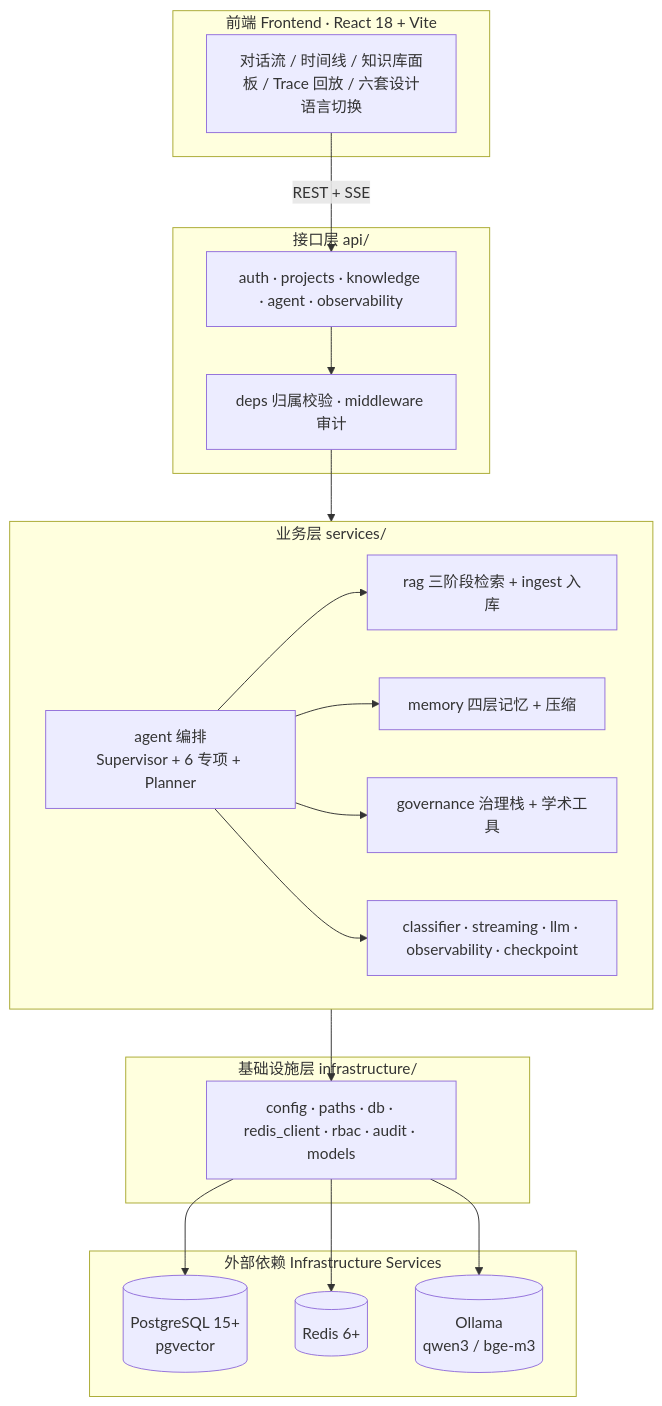
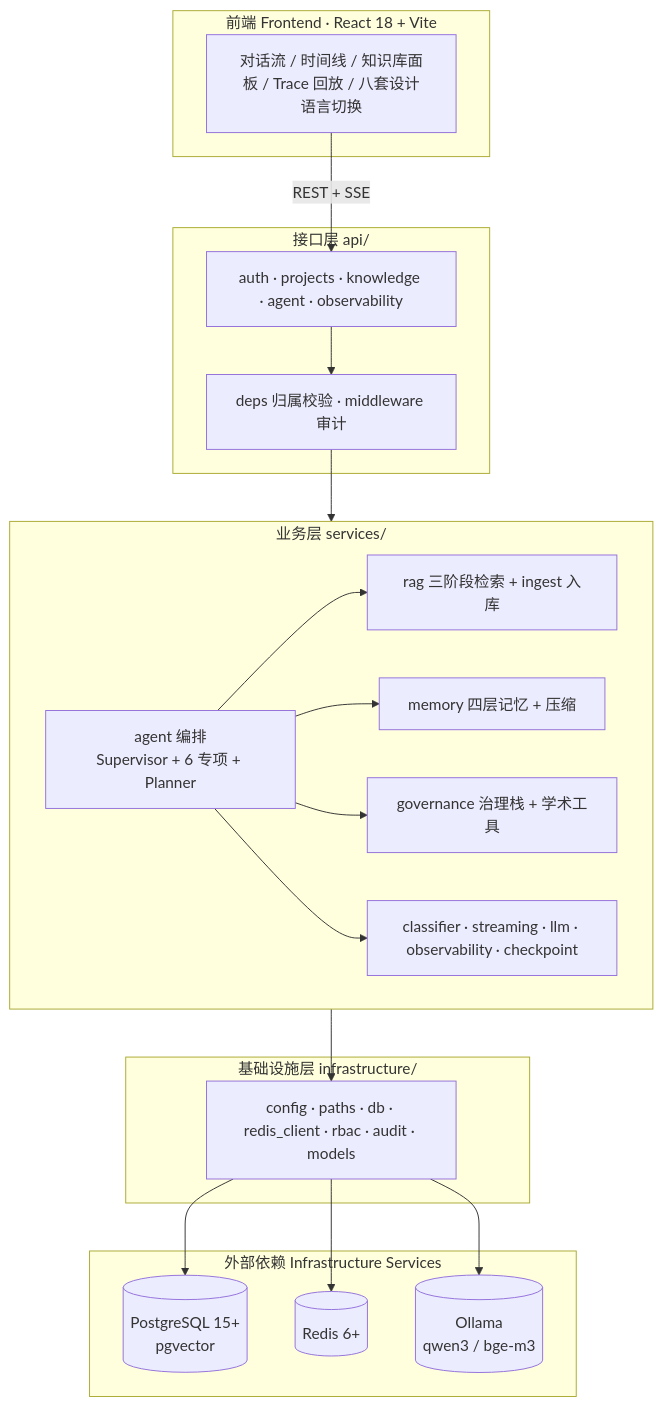
Before and after one commit to shangguanyunji663/Lun-Assistant: the first of 2 diagrams in README.md, drawn with Mermaid. The commit also changed other lines of this file and 21 other files, not shown here.

````diff
--- a/README.md
+++ b/README.md
@@ -104,41 +104,41 @@
 ```mermaid
 flowchart TB
     subgraph FE["前端 Frontend · React 18 + Vite"]
-        UI["对话流 / 时间线 / 知识库面板 / Trace 回放 / 六套设计语言切换"]
+        UI["对话流 / 时间线 / 知识库面板 / Trace 回放 / 八套设计语言切换"]
     end
 
     subgraph API["接口层 api/"]
         A1["auth · projects · knowledge · agent · observability"]
         A2["deps 归属校验 · middleware 审计"]
     end
 
     subgraph SVC["业务层 services/"]
         S1["agent 编排<br/>Supervisor + 6 专项 + Planner"]
         S2["rag 三阶段检索 + ingest 入库"]
         S3["memory 四层记忆 + 压缩"]
         S4["governance 治理栈 + 学术工具"]
         S5["classifier · streaming · llm · observability · checkpoint"]
     end
 
     subgraph INF["基础设施层 infrastructure/"]
         I1["config · paths · db · redis_client · rbac · audit · models"]
     end
 
     subgraph EXT["外部依赖 Infrastructure Services"]
         E1[("PostgreSQL 15+<br/>pgvector")]
         E2[("Redis 6+")]
         E3[("Ollama<br/>qwen3 / bge-m3")]
     end
 
     UI -->|"REST + SSE"| A1
     A1 --> A2
     A2 --> SVC
     S1 --> S2
     S1 --> S3
     S1 --> S4
     S1 --> S5
     SVC --> I1
     I1 --> E1
     I1 --> E2
     I1 --> E3
 ```
````
